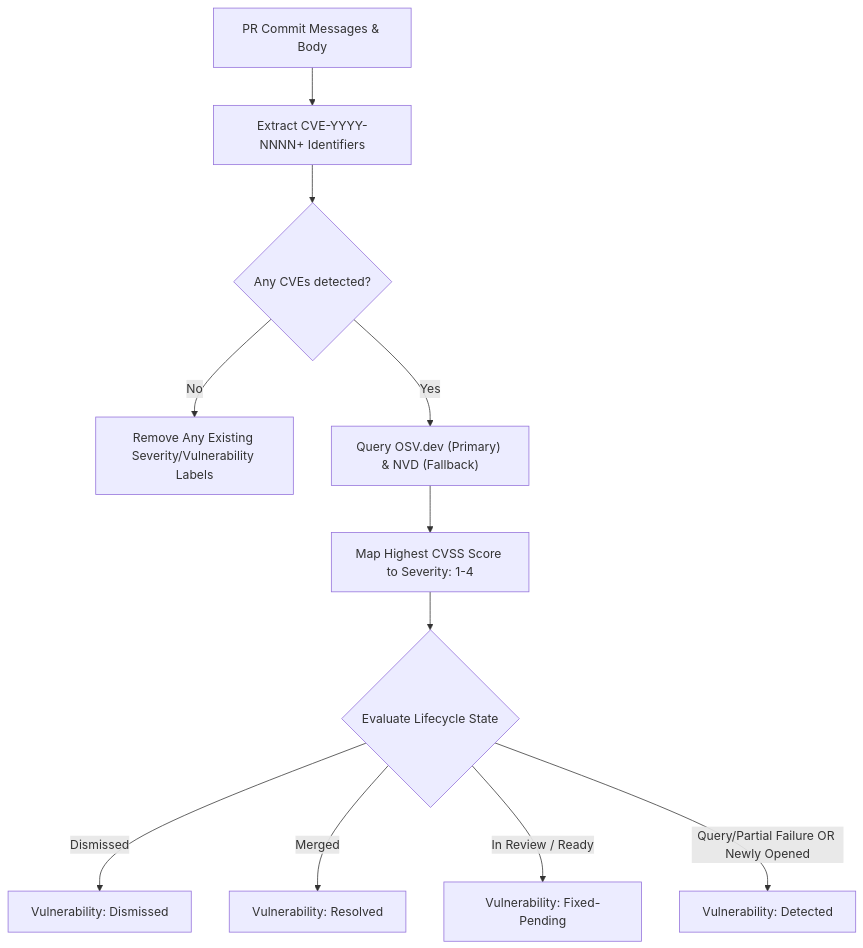
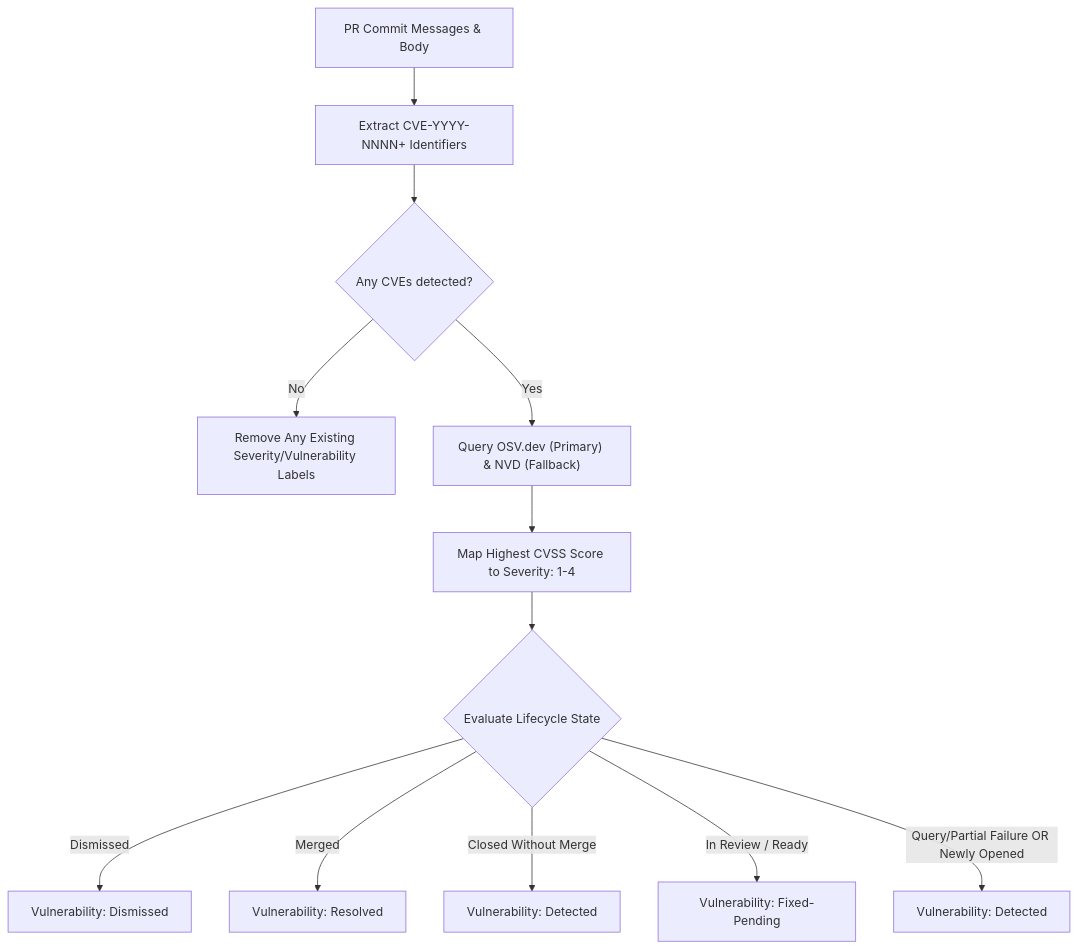
One commit to openRuyi-Project/abaci-bot changed the diagram in docs/modules/vulnerability.md. Above: the diagram before and after it, drawn with Mermaid. The commit also changed other lines of this file and 1 other file, not shown here.

Commit message:
docs: document lifecycle edge cases and the managed label set
Adds the closed-without-merge branch to the lifecycle flowchart, states that the same-run review state depends on module ordering and can still be evicted by a later Workflow: Blocked, and records that strategy output outside the managed Type labels is ignored and that hand-applied Type labels are reconciled on the next event.

````diff
--- a/docs/modules/vulnerability.md
+++ b/docs/modules/vulnerability.md
@@ -18,13 +18,14 @@
 ```mermaid
 flowchart TD
     PR["PR Commit Messages & Body"] --> Regex["Extract CVE-YYYY-NNNN+ Identifiers"]
     Regex --> Found{"Any CVEs detected?"}
     Found -- No --> Strip["Remove Any Existing Severity/Vulnerability Labels"]
     Found -- Yes --> Query["Query OSV.dev (Primary) & NVD (Fallback)"]
     Query --> Sev["Map Highest CVSS Score to Severity: 1-4"]
     Sev --> State{"Evaluate Lifecycle State"}
     State -- Dismissed --> VDis["Vulnerability: Dismissed"]
     State -- Merged --> VRes["Vulnerability: Resolved"]
+    State -- Closed Without Merge --> VDet["Vulnerability: Detected"]
     State -- In Review / Ready --> VFix["Vulnerability: Fixed-Pending"]
-    State -- Query/Partial Failure OR Newly Opened --> VDet["Vulnerability: Detected"]
+    State -- Query/Partial Failure OR Newly Opened --> VDet2["Vulnerability: Detected"]
 ```
````
